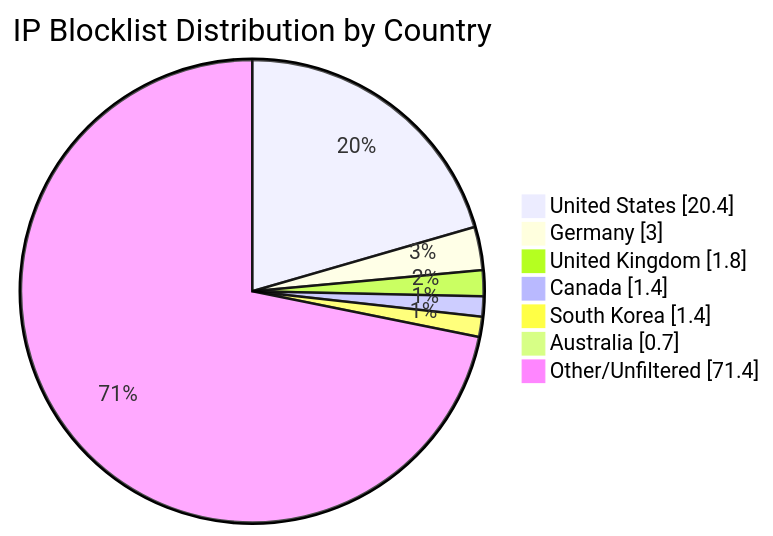
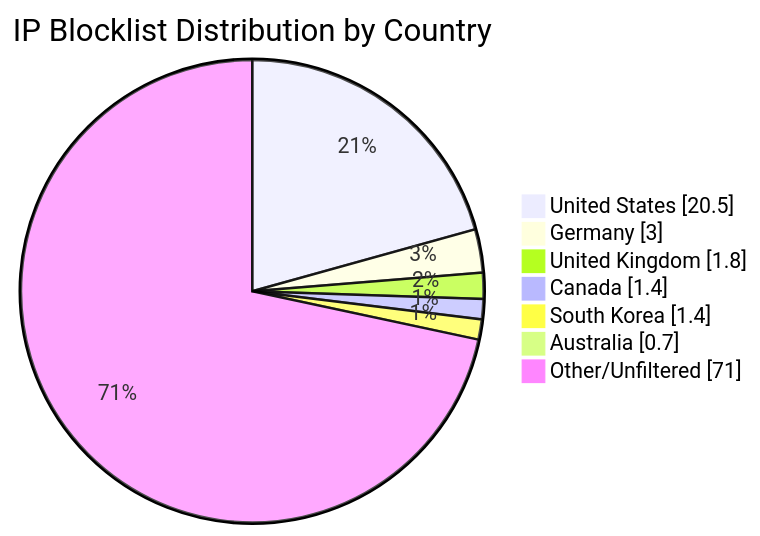
One commit to MarcusHoltz/ipblocklist-geofiltered-aggregator changed the diagram in README.md. Above: the diagram before and after it, drawn with Mermaid. The commit also changed other lines of this file and 9 other files, not shown here.

````diff
--- a/README.md
+++ b/README.md
@@ -34,10 +34,10 @@
 ```mermaid
 pie showData title IP Blocklist Distribution by Country
-"United States" : 20.4
+"United States" : 20.5
 "Germany" : 3.0
 "United Kingdom" : 1.8
 "Canada" : 1.4
 "South Korea" : 1.4
 "Australia" : 0.7
-"Other/Unfiltered" : 71.4
+"Other/Unfiltered" : 71.0
 ```
````
